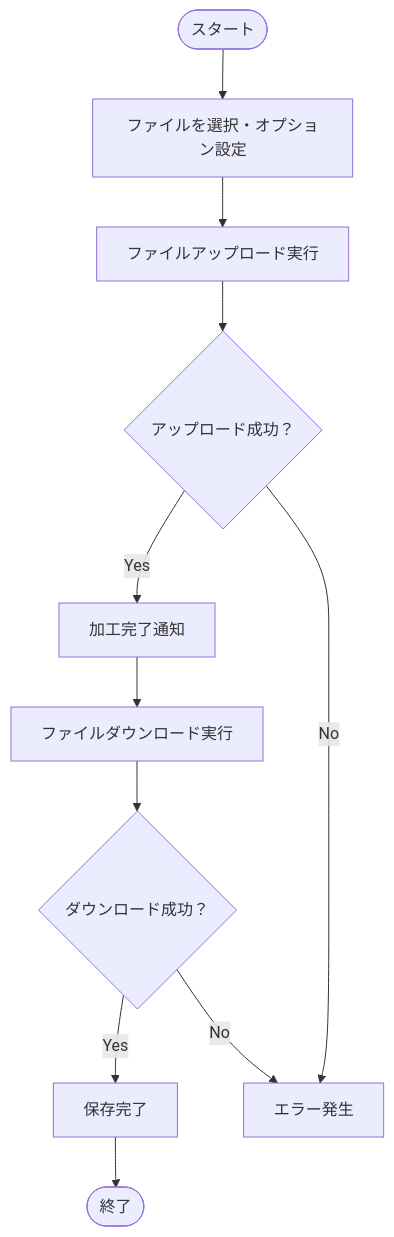
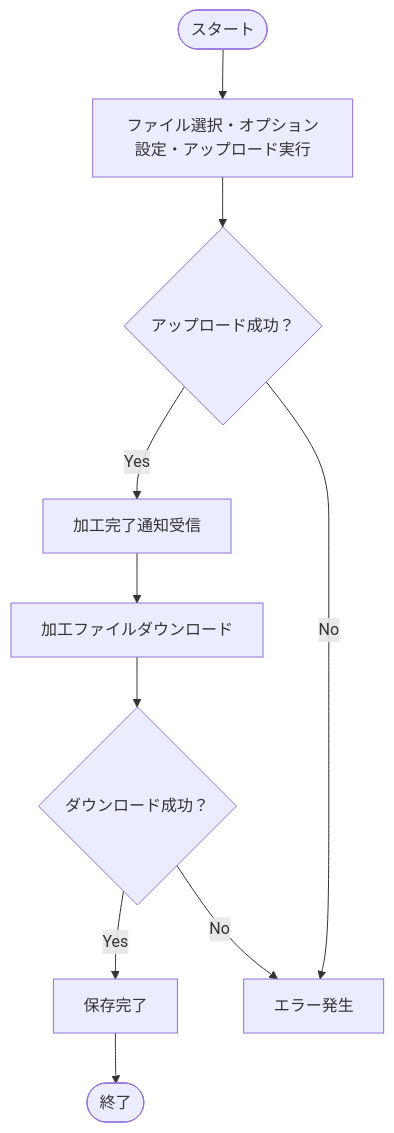
The diagram in README.md (BackendExplorer/Video-Processor), drawn with Mermaid before and after one commit.

````diff
--- a/README.md
+++ b/README.md
@@ -155,18 +155,17 @@
 ```mermaid
 flowchart TD
     Start(["スタート"])
-    ファイル選択["ファイルを選択・オプション設定"]
-    アップロード["ファイルアップロード実行"]
+    アップロード準備["ファイル選択・オプション設定・アップロード実行"]
     アップロード成功{アップロード成功？}
-    加工完了["加工完了通知"]
-    ダウンロード["ファイルダウンロード実行"]
+    加工完了["加工完了通知受信"]
+    ダウンロード["加工ファイルダウンロード"]
     ダウンロード成功{ダウンロード成功？}
     保存完了["保存完了"]
     エラー発生["エラー発生"]
 
-    Start --> ファイル選択 --> アップロード --> アップロード成功
+    Start --> アップロード準備 --> アップロード成功
     アップロード成功 -- Yes --> 加工完了 --> ダウンロード --> ダウンロード成功
     アップロード成功 -- No --> エラー発生
     ダウンロード成功 -- Yes --> 保存完了 --> 終了([終了])
     ダウンロード成功 -- No --> エラー発生
 ```
````
